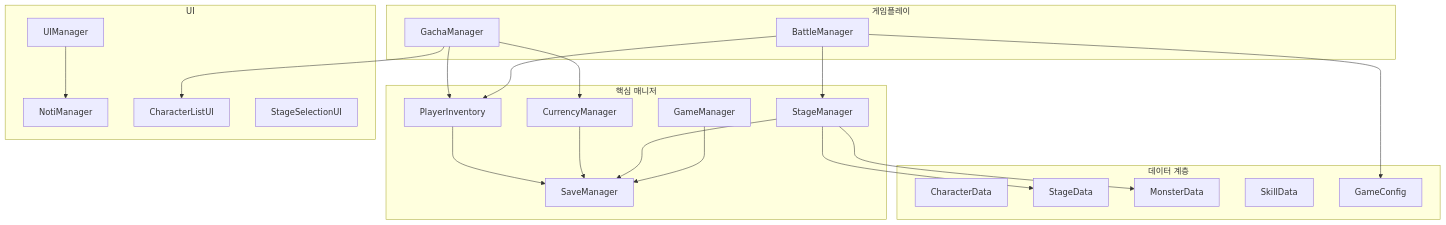
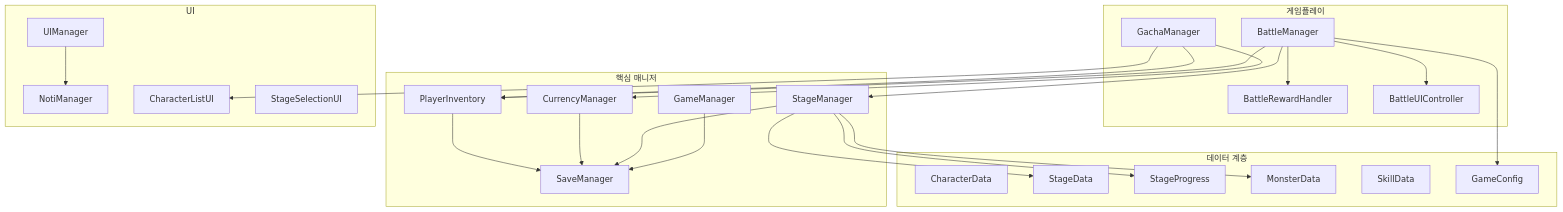
One commit to jglee22/SummonQuest changed the first of 2 diagrams in README.md. Above: the diagram before and after it, drawn with Mermaid. The commit also changed other lines of this file and 1074 other files, not shown here.

````diff
--- a/README.md
+++ b/README.md
@@ -26,44 +26,50 @@
 ```mermaid
 flowchart TB
     subgraph Data["데이터 계층"]
         CD[CharacterData]
         SD[StageData]
+        SP[StageProgress]
         MD[MonsterData]
         SK[SkillData]
         GC[GameConfig]
     end
 
     subgraph Core["핵심 매니저"]
         GM[GameManager]
         PI[PlayerInventory]
         SM[SaveManager]
         CM[CurrencyManager]
         STM[StageManager]
     end
 
     subgraph Gameplay["게임플레이"]
         Gacha[GachaManager]
         Battle[BattleManager]
+        BR[BattleRewardHandler]
+        BUI[BattleUIController]
     end
 
     subgraph UI["UI"]
         UM[UIManager]
         NM[NotiManager]
         CharUI[CharacterListUI]
         StageUI[StageSelectionUI]
     end
 
     Gacha --> PI
     Gacha --> CM
+    Battle --> BUI
+    Battle --> BR
     Battle --> PI
     Battle --> STM
     Battle --> GC
     STM --> SD
+    STM --> SP
     STM --> MD
     PI --> SM
     CM --> SM
     STM --> SM
     GM --> SM
     Gacha --> CharUI
     UM --> NM
 ```
````
